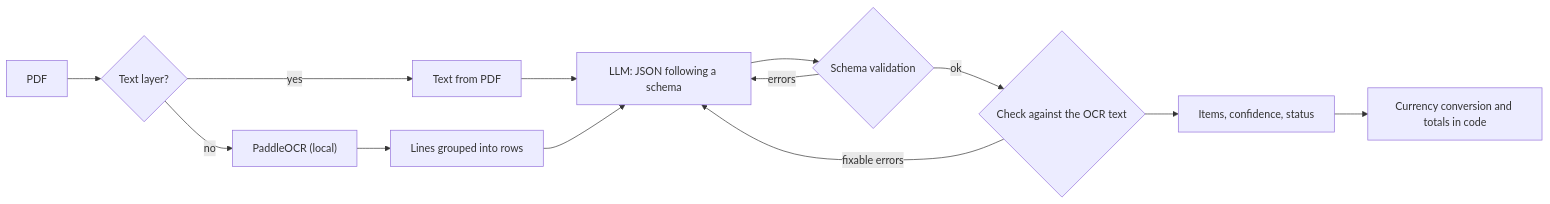
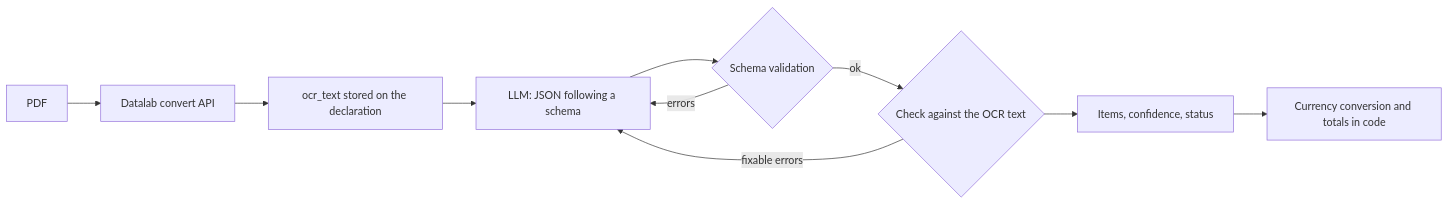
The second of 2 diagrams in README.md (JacobCrown/sejm-lens), drawn with Mermaid before and after one commit. The commit also changed other lines of this file and 1033 other files, not shown here.

Commit message:
Replace Paddle with Chandra API

````diff
--- a/README.md
+++ b/README.md
@@ -67,15 +67,12 @@
 ```mermaid
 flowchart LR
-  PDF --> Text{"Text layer?"}
-  Text -->|yes| Plain[Text from PDF]
-  Text -->|no| OCR["PaddleOCR (local)"]
-  OCR --> Rows[Lines grouped into rows]
-  Plain --> LLM
-  Rows --> LLM["LLM: JSON following a schema"]
+  PDF --> Datalab["Datalab convert API"]
+  Datalab --> Stored["ocr_text stored on the declaration"]
+  Stored --> LLM["LLM: JSON following a schema"]
   LLM --> Schema{"Schema validation"}
   Schema -->|errors| LLM
   Schema -->|ok| Verify{"Check against the OCR text"}
   Verify -->|"fixable errors"| LLM
   Verify --> Items["Items, confidence, status"]
   Items --> Totals["Currency conversion and totals in code"]
 ```
````
